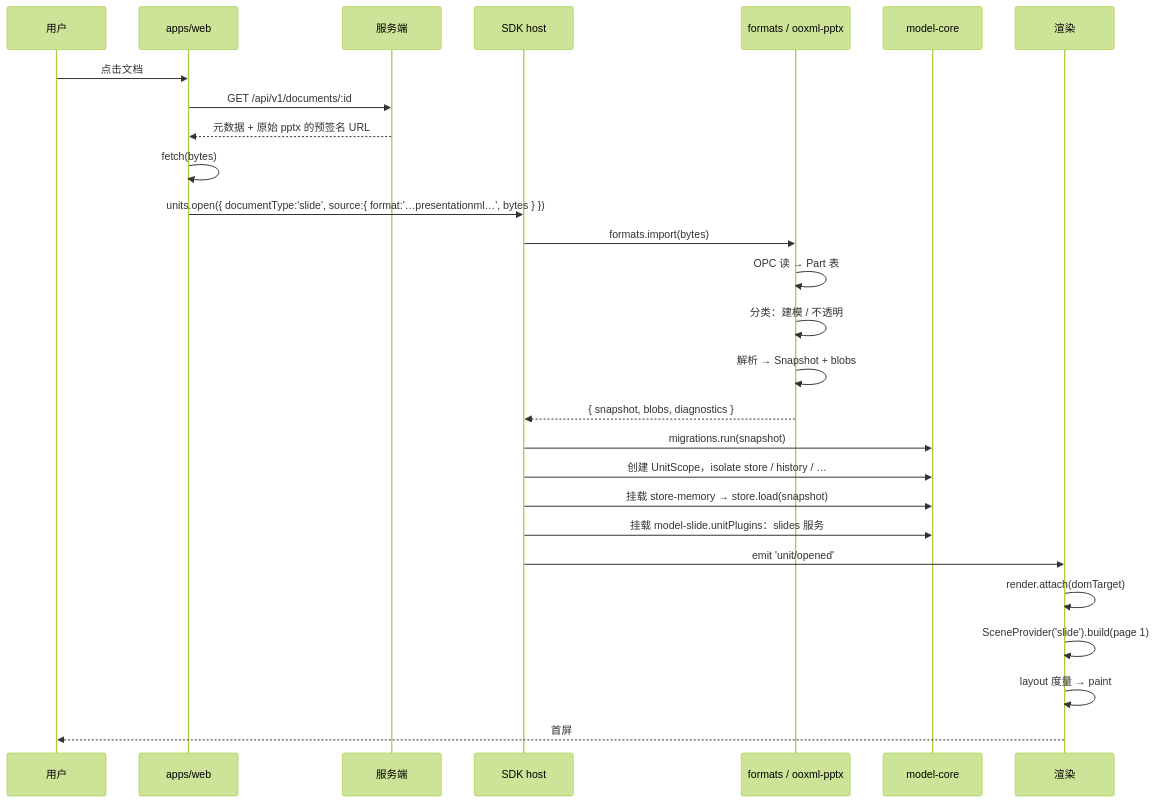
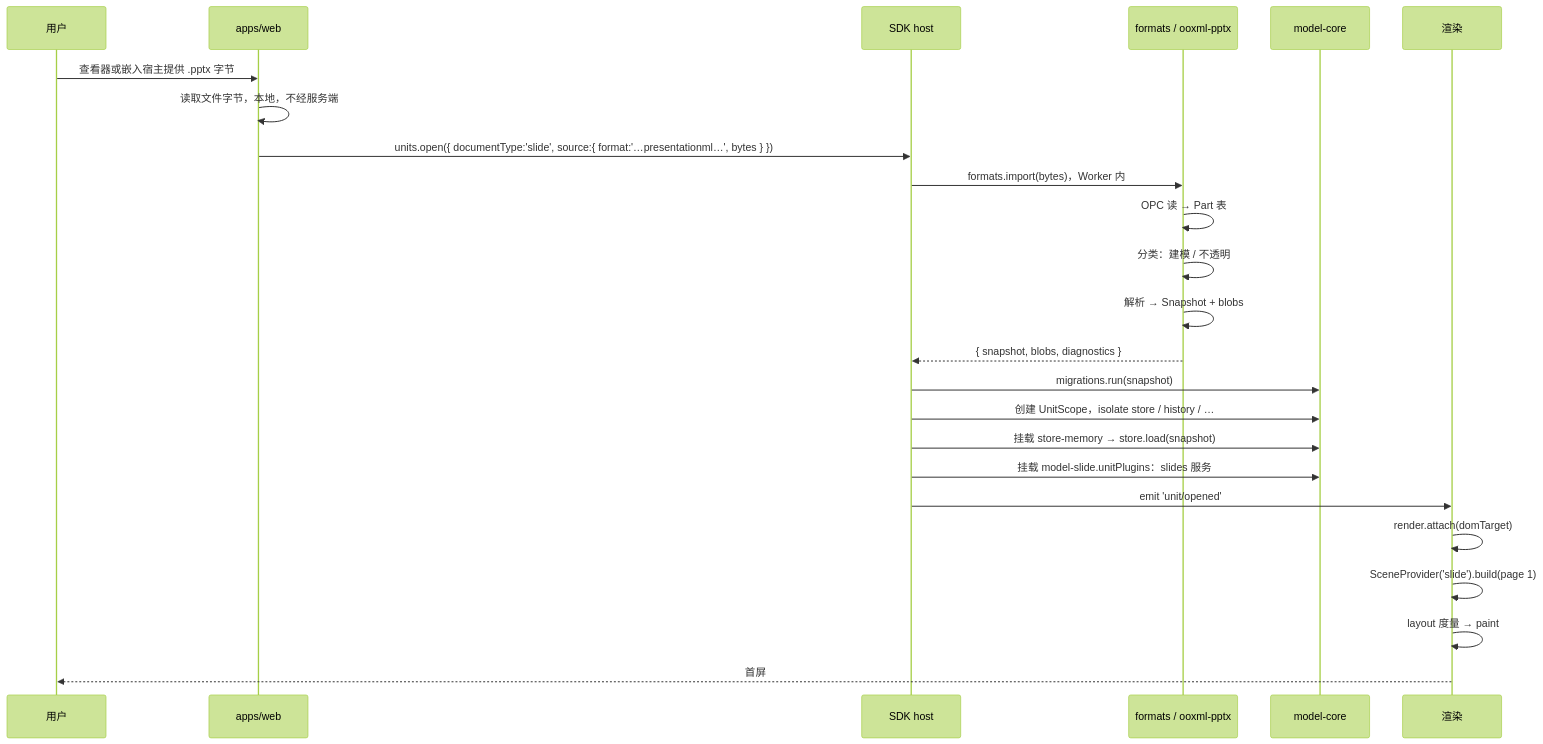
The fifth of 10 diagrams in docs/30-architecture/01-overview.md (Xeonice/cordis-ppt-editor), drawn with Mermaid (forest theme) before and after one commit. The commit also changed other lines of this file and 79 other files, not shown here.

````diff
--- a/docs/30-architecture/01-overview.md
+++ b/docs/30-architecture/01-overview.md
@@ -170,29 +172,26 @@
 ```mermaid
 sequenceDiagram
   participant user as 用户
   participant web as apps/web
-  participant srv as 服务端
   participant host as SDK host
   participant codec as formats / ooxml-pptx
   participant core as model-core
   participant render as 渲染
-  user->>web: 点击文档
-  web->>srv: GET /api/v1/documents/:id
-  srv-->>web: 元数据 + 原始 pptx 的预签名 URL
-  web->>web: fetch#40;bytes#41;
+  user->>web: 查看器或嵌入宿主提供 .pptx 字节
+  web->>web: 读取文件字节，本地，不经服务端
   web->>host: units.open#40;#123; documentType:'slide', source:#123; format:'…presentationml…', bytes #125; #125;#41;
-  host->>codec: formats.import#40;bytes#41;
+  host->>codec: formats.import#40;bytes#41;，Worker 内
   codec->>codec: OPC 读 → Part 表
   codec->>codec: 分类：建模 / 不透明
   codec->>codec: 解析 → Snapshot + blobs
   codec-->>host: #123; snapshot, blobs, diagnostics #125;
   host->>core: migrations.run#40;snapshot#41;
   host->>core: 创建 UnitScope，isolate store / history / …
   host->>core: 挂载 store-memory → store.load#40;snapshot#41;
   host->>core: 挂载 model-slide.unitPlugins：slides 服务
   host->>render: emit 'unit/opened'
   render->>render: render.attach#40;domTarget#41;
   render->>render: SceneProvider#40;'slide'#41;.build#40;page 1#41;
   render->>render: layout 度量 → paint
   render-->>user: 首屏
 ```
````
